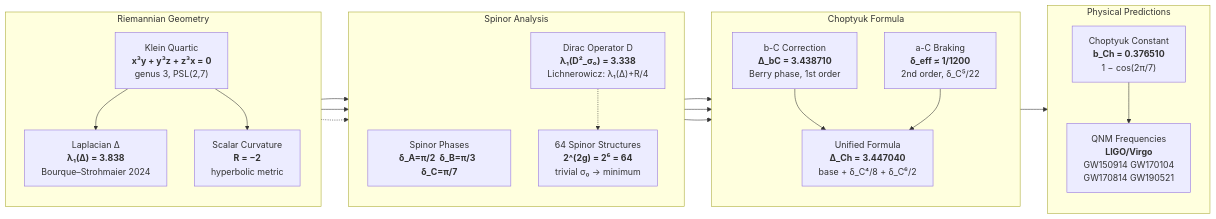
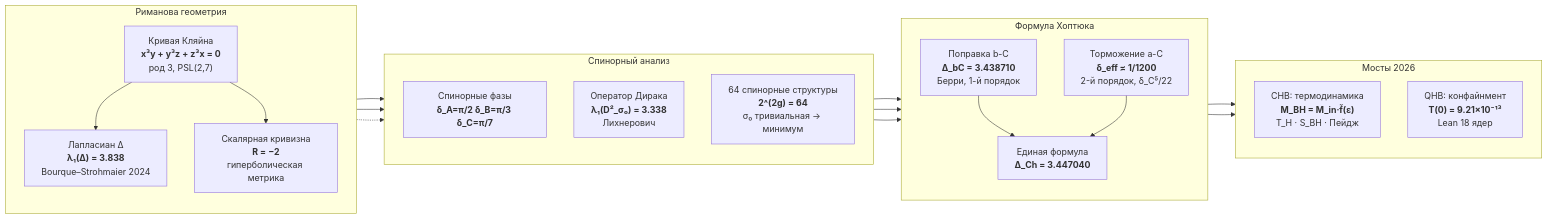
The seventh of 9 diagrams in README.md (wild8highlander/choptuik_ac_bc), drawn with Mermaid before and after one commit. The commit also changed other lines of this file and 11 other files, not shown here.

````diff
--- a/README.md
+++ b/README.md
@@ -853,40 +1340,33 @@
 ```mermaid
 flowchart LR
-    subgraph Geometry["Riemannian Geometry"]
+    subgraph Geometry["Риманова геометрия"]
         direction TB
-        KC["Klein Quartic<br/><b>x³y + y³z + z³x = 0</b><br/>genus 3, PSL(2,7)"]
-        LAP["Laplacian Δ<br/><b>λ₁(Δ) = 3.838</b><br/>Bourque–Strohmaier 2024"]
-        SC["Scalar Curvature<br/><b>R = −2</b><br/>hyperbolic metric"]
+        KC["Кривая Кляйна<br/><b>x³y + y³z + z³x = 0</b><br/>род 3, PSL(2,7)"]
+        LAP["Лапласиан Δ<br/><b>λ₁(Δ) = 3.838</b><br/>Bourque–Strohmaier 2024"]
+        SC["Скалярная кривизна<br/><b>R = −2</b><br/>гиперболическая метрика"]
     end
-
-    subgraph Spinors["Spinor Analysis"]
+    subgraph Spinors["Спинорный анализ"]
         direction TB
-        PH["Spinor Phases<br/><b>δ_A=π/2  δ_B=π/3  δ_C=π/7</b>"]
-        DIR["Dirac Operator D<br/><b>λ₁(D²_σ₀) = 3.338</b><br/>Lichnerowicz: λ₁(Δ)+R/4"]
-        S64["64 Spinor Structures<br/><b>2^(2g) = 2⁶ = 64</b><br/>trivial σ₀ → minimum"]
+        PH["Спинорные фазы<br/><b>δ_A=π/2 δ_B=π/3 δ_C=π/7</b>"]
+        DIR["Оператор Дирака<br/><b>λ₁(D²_σ₀) = 3.338</b><br/>Лихнерович"]
+        S64["64 спинорные структуры<br/><b>2^(2g) = 64</b><br/>σ₀ тривиальная → минимум"]
     end
-
-    subgraph Choptyuk["Choptyuk Formula"]
+    subgraph Formula["Формула Хоптюка"]
         direction TB
-        BC["b-C Correction<br/><b>Δ_bC = 3.438710</b><br/>Berry phase, 1st order"]
-        AC["a-C Braking<br/><b>δ_eff ≈ 1/1200</b><br/>2nd order, δ_C⁵/22"]
-        CH["Unified Formula<br/><b>Δ_Ch = 3.447040</b><br/>base + δ_C⁴/8 + δ_C⁶/2"]
+        BC["Поправка b-C<br/><b>Δ_bC = 3.438710</b><br/>Берри, 1-й порядок"]
+        AC["Торможение a-C<br/><b>δ_eff ≈ 1/1200</b><br/>2-й порядок, δ_C⁵/22"]
+        CH["Единая формула<br/><b>Δ_Ch = 3.447040</b>"]
     end
-
-    subgraph Physics["Physical Predictions"]
+    subgraph Bridges["Мосты 2026"]
         direction TB
-        BCH["Choptyuk Constant<br/><b>b_Ch = 0.376510</b><br/>1 − cos(2π/7)"]
-        QNM["QNM Frequencies<br/><b>LIGO/Virgo</b><br/>GW150914 GW170104<br/>GW170814 GW190521"]
+        BT["CHB: термодинамика<br/><b>M_BH = M_in·f̃(ε)</b><br/>T_H · S_BH · Пейдж"]
+        BQ["QHB: конфайнмент<br/><b>T(0) = 9.21×10⁻¹³</b><br/>Lean 18 ядер"]
     end
-
     KC --> LAP & SC
-    LAP --> DIR
-    SC --> DIR
+    LAP & SC --> DIR
     PH --> BC
     DIR --> BC & AC
-    BC --> CH
-    AC --> CH
-    CH --> BCH --> QNM
+    BC & AC --> CH
+    CH --> BT & BQ
     KC -.-> S64
-    DIR -.-> S64
 ```
````
